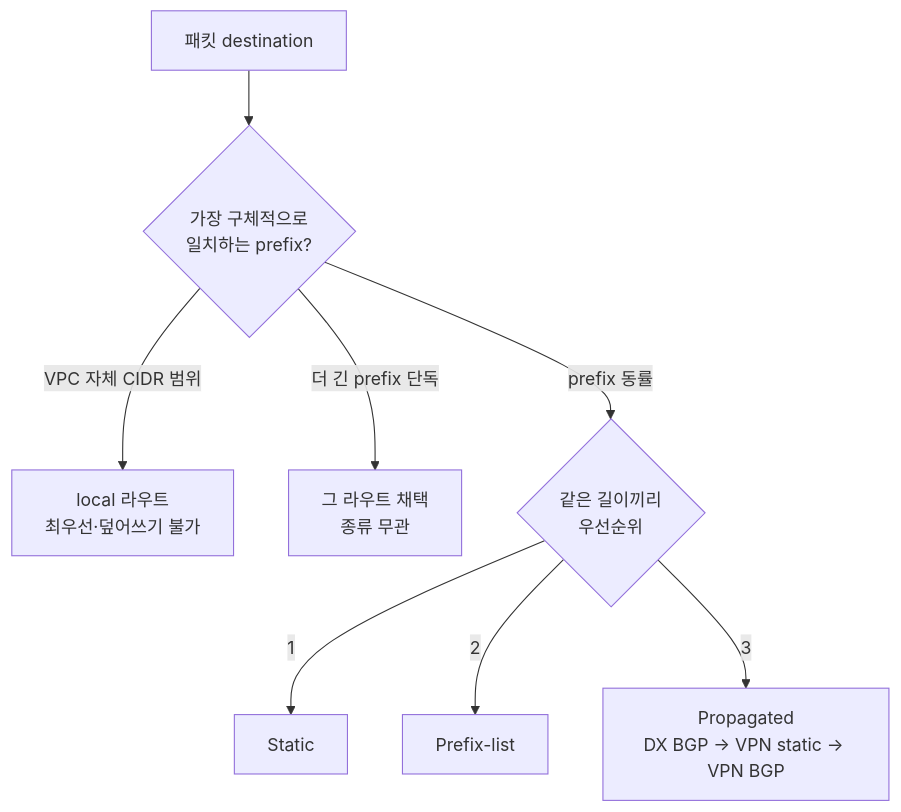
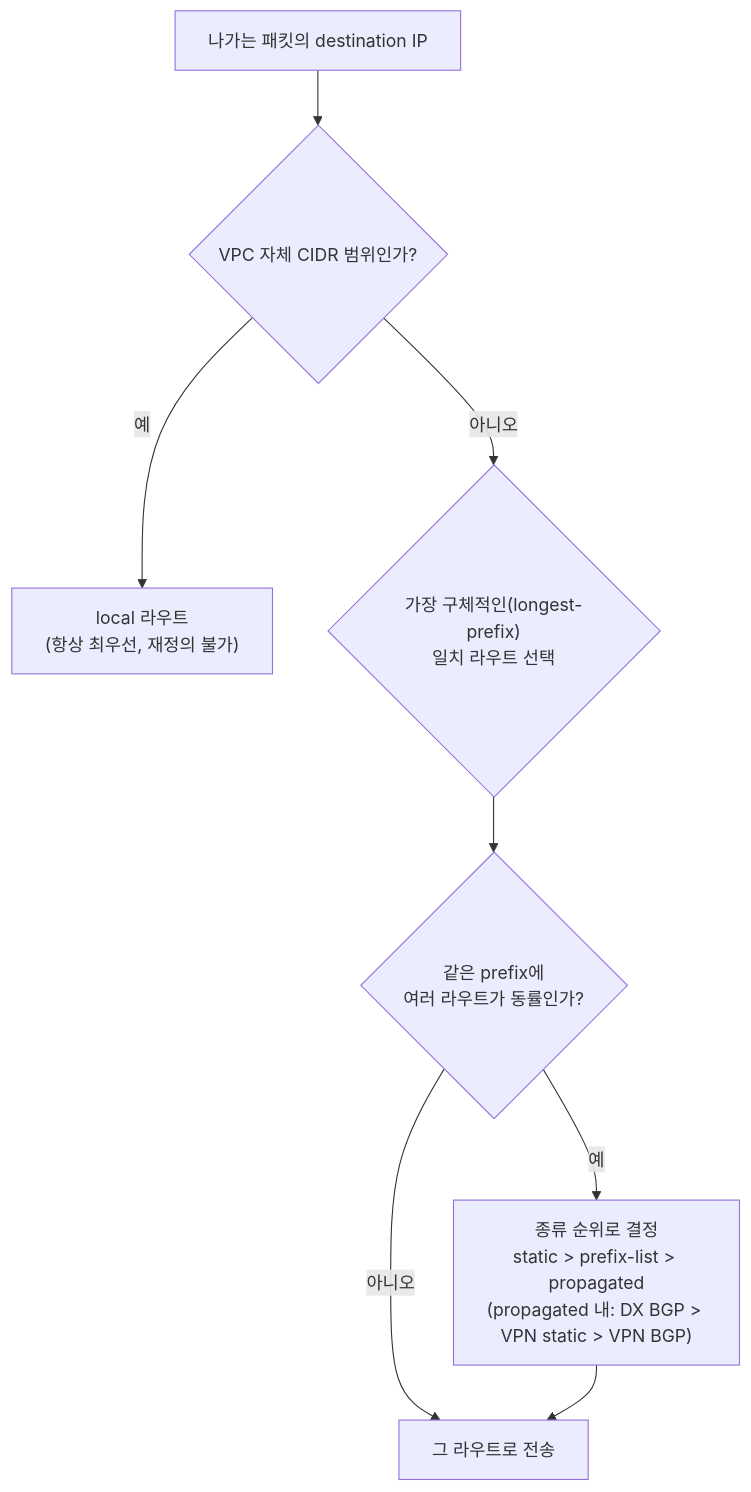
The fourth of 4 diagrams in _posts/2026-06-28-aws-vpc.md (hongjeZZ/hongjeZZ.github.io), drawn with Mermaid before and after one commit. The commit also changed other lines of this file, not shown here.

First line of the commit message:
refactor(post): AWS VPC 1편 난이도 계단 적용 (§2.5) (#17)

````diff
--- a/_posts/2026-06-28-aws-vpc.md
+++ b/_posts/2026-06-28-aws-vpc.md
@@ -249,10 +331,11 @@
 ```mermaid
 flowchart TD
-    P[패킷 destination] --> M{가장 구체적으로<br/>일치하는 prefix?}
-    M -->|VPC 자체 CIDR 범위| L[local 라우트<br/>최우선·덮어쓰기 불가]
-    M -->|더 긴 prefix 단독| W[그 라우트 채택<br/>종류 무관]
-    M -->|prefix 동률| T{같은 길이끼리<br/>우선순위}
-    T -->|1| S[Static]
-    T -->|2| PL[Prefix-list]
-    T -->|3| PR[Propagated<br/>DX BGP → VPN static → VPN BGP]
+    P["나가는 패킷의 destination IP"]
+    P --> Q1{"VPC 자체 CIDR 범위인가?"}
+    Q1 -->|예| L["local 라우트<br/>(항상 최우선, 재정의 불가)"]
+    Q1 -->|아니오| Q2{"가장 구체적인(longest-prefix)<br/>일치 라우트 선택"}
+    Q2 --> Q3{"같은 prefix에<br/>여러 라우트가 동률인가?"}
+    Q3 -->|아니오| WIN["그 라우트로 전송"]
+    Q3 -->|예| ORD["종류 순위로 결정<br/>static > prefix-list > propagated<br/>(propagated 내: DX BGP > VPN static > VPN BGP)"]
+    ORD --> WIN
 ```
````
